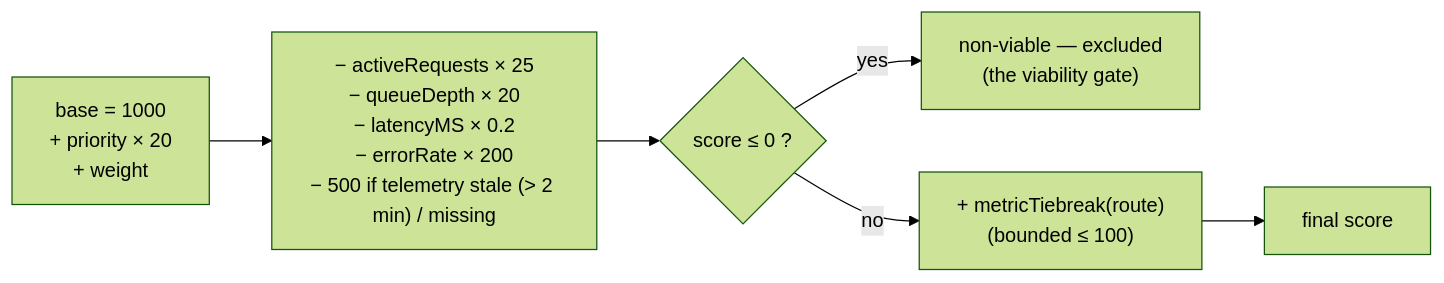
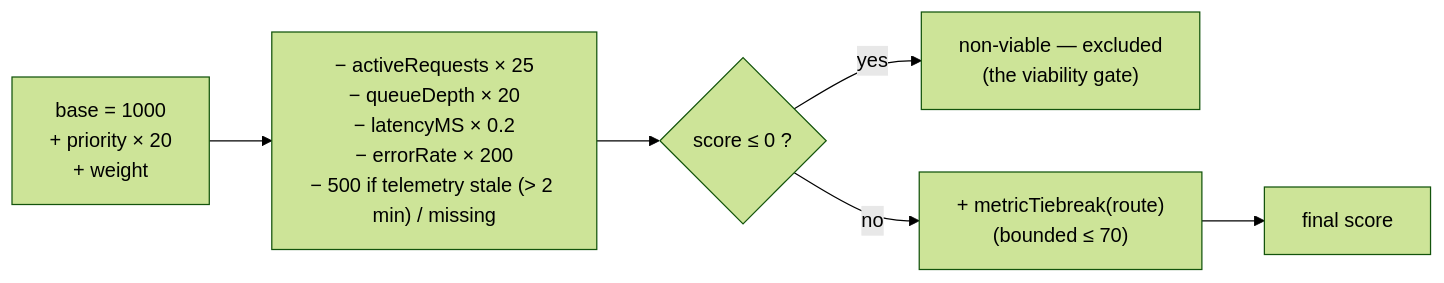
The fourth of 5 diagrams in docs/architecture/cross-cutting/routing-and-model-selection.md (JLor08/op-ai-gateway), drawn with Mermaid (forest theme) before and after one commit. The commit also changed other lines of this file and 34 other files, not shown here.

````diff
--- a/docs/architecture/cross-cutting/routing-and-model-selection.md
+++ b/docs/architecture/cross-cutting/routing-and-model-selection.md
@@ -380,8 +384,8 @@
 ```mermaid
 flowchart LR
     Base["base = 1000\n+ priority × 20\n+ weight"] --> Penalties["− activeRequests × 25\n− queueDepth × 20\n− latencyMS × 0.2\n− errorRate × 200\n− 500 if telemetry stale (> 2 min) / missing"]
     Penalties --> Gate{"score ≤ 0 ?"}
     Gate -->|yes| NonViable["non-viable — excluded\n(the viability gate)"]
-    Gate -->|no| Tiebreak["+ metricTiebreak(route)\n(bounded ≤ 100)"]
+    Gate -->|no| Tiebreak["+ metricTiebreak(route)\n(bounded ≤ 70)"]
     Tiebreak --> Final["final score"]
 ```
````
